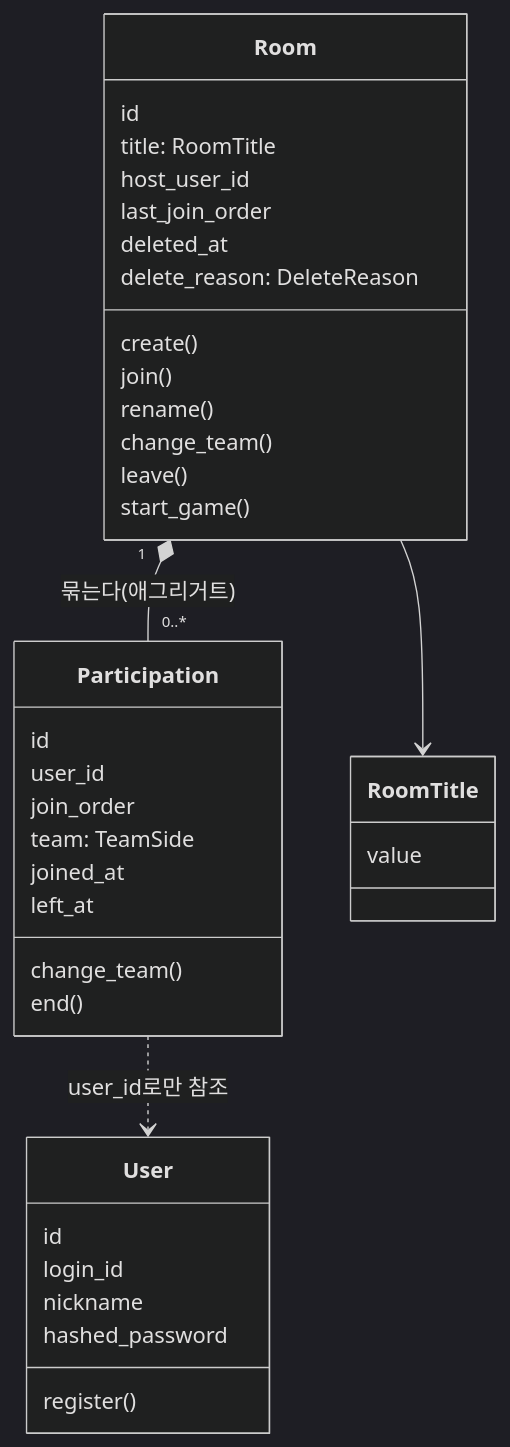
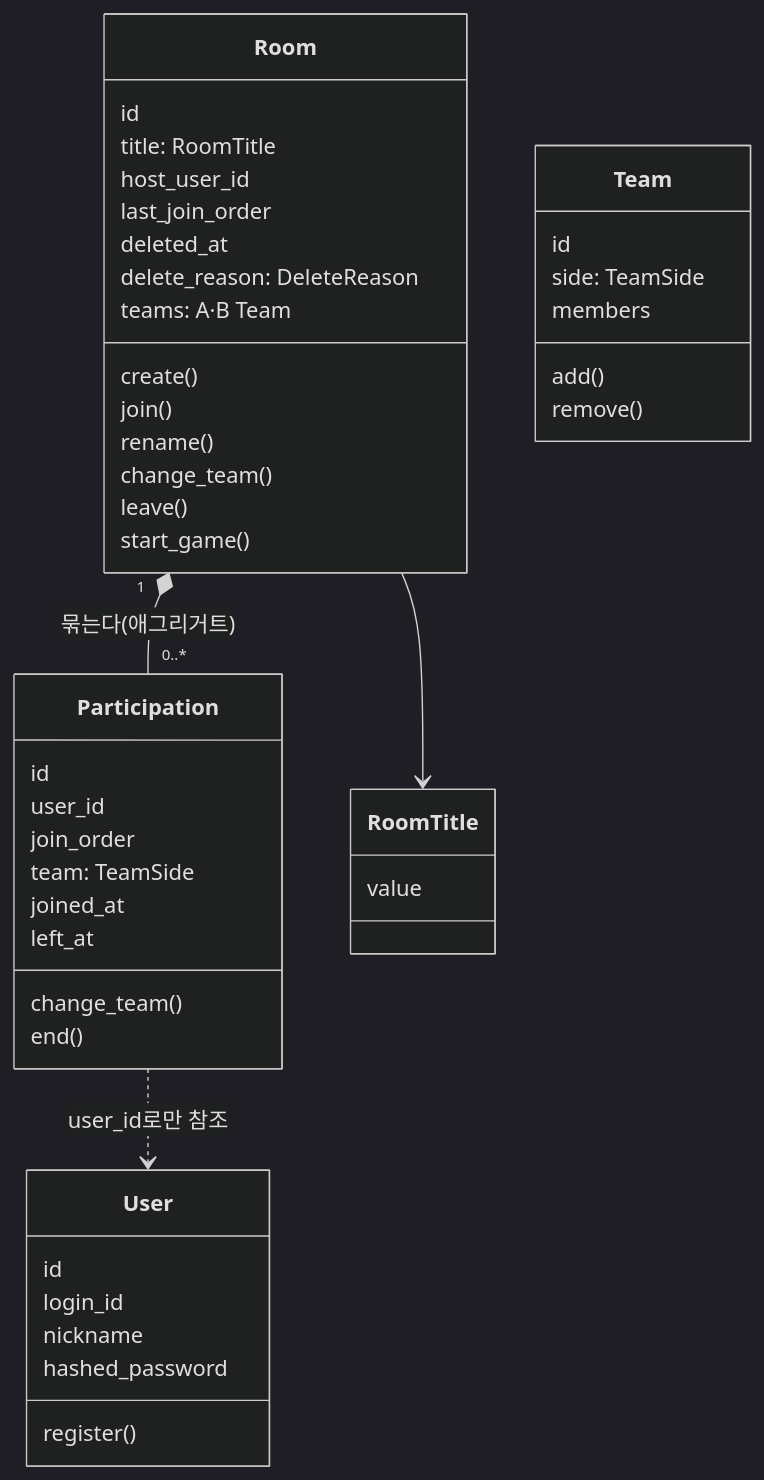
One commit to gyoo303/kant-backend-matchmaking changed the second of 5 diagrams in docs/guides/domain-driven-design.md. Above: the diagram before and after it, drawn with Mermaid (dark theme). The commit also changed other lines of this file and 3 other files, not shown here.

Commit message:
docs: 팀 엔티티·A팀 우선 배정을 README 구조도·가이드·팀 API 명세에 반영

````diff
--- a/docs/guides/domain-driven-design.md
+++ b/docs/guides/domain-driven-design.md
@@ -249,40 +251,48 @@
 ```mermaid
 classDiagram
     class Room {
         id
         title: RoomTitle
         host_user_id
         last_join_order
         deleted_at
         delete_reason: DeleteReason
+        teams: A·B Team
         create()
         join()
         rename()
         change_team()
         leave()
         start_game()
+    }
+    class Team {
+        id
+        side: TeamSide
+        members
+        add()
+        remove()
     }
     class Participation {
         id
         user_id
         join_order
         team: TeamSide
         joined_at
         left_at
         change_team()
         end()
     }
     class RoomTitle {
         value
     }
     class User {
         id
         login_id
         nickname
         hashed_password
         register()
     }
     Room "1" *-- "0..*" Participation : 묶는다(애그리거트)
     Room --> RoomTitle
     Participation ..> User : user_id로만 참조
 ```
````
